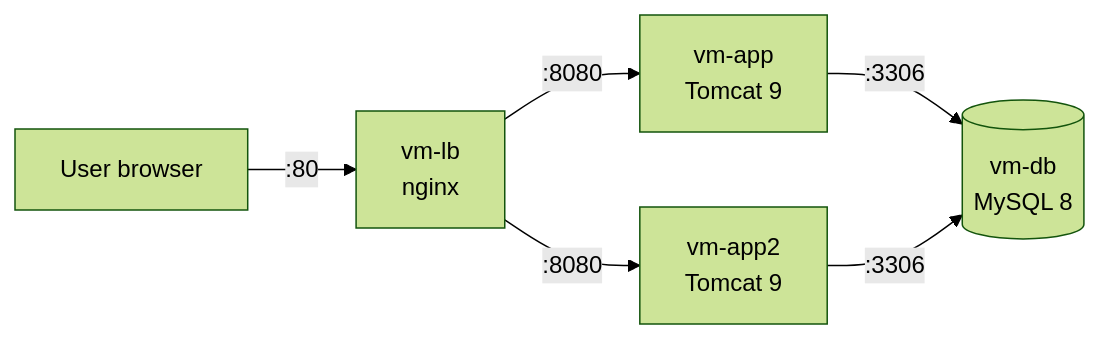
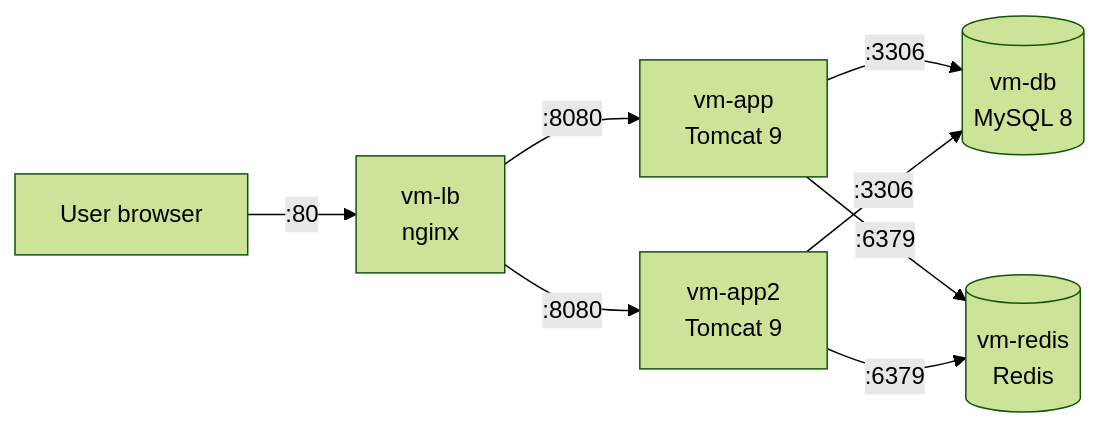
The diagram in README.md (nazariybu/travelagency), drawn with Mermaid (forest theme) before and after one commit. The commit also changed other lines of this file and 2 other files, not shown here.

Commit message:
Update documentation and configuration for Redis session management in load balancing setup

````diff
--- a/README.md
+++ b/README.md
@@ -21,8 +27,10 @@
 ```mermaid
 flowchart LR
     U["User browser"] -->|":80"| LB["vm-lb<br/>nginx"]
     LB -->|":8080"| A1["vm-app<br/>Tomcat 9"]
     LB -->|":8080"| A2["vm-app2<br/>Tomcat 9"]
     A1 -->|":3306"| DB[("vm-db<br/>MySQL 8")]
     A2 -->|":3306"| DB
+    A1 -->|":6379"| R[("vm-redis<br/>Redis")]
+    A2 -->|":6379"| R
 ```
````
